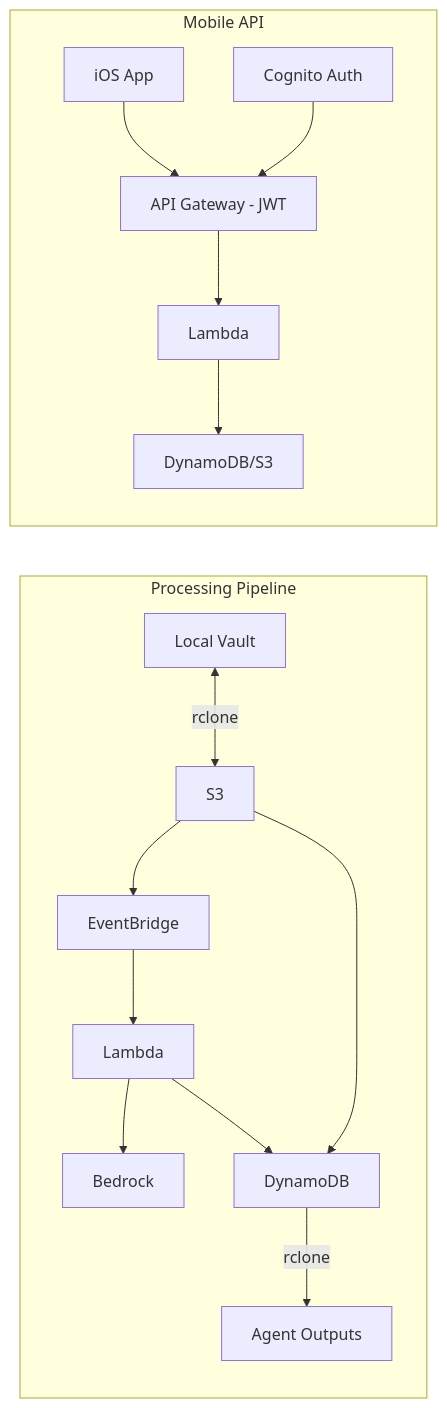
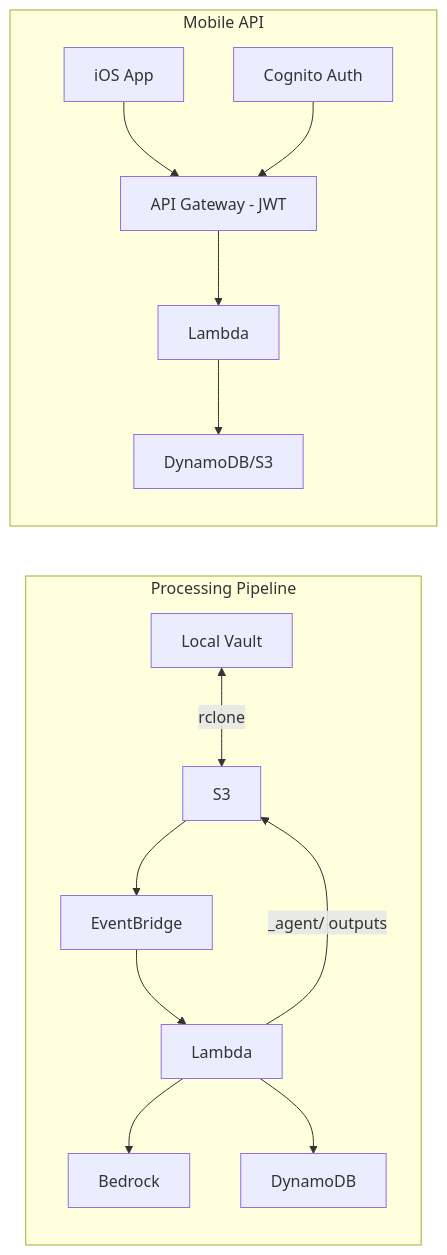
Before and after one commit to spaceba-by/pkm: the diagram in README.md, drawn with Mermaid. The commit also changed 3 other files, not shown here.

First line of the commit message:
Fix diagram accuracy from review feedback

````diff
--- a/README.md
+++ b/README.md
@@ -17,16 +17,15 @@
 ```mermaid
 graph LR
     subgraph Processing Pipeline
         Vault[Local Vault] <-->|rclone| S3
         S3 --> EventBridge --> Lambda --> Bedrock
-        S3 --> DynamoDB
         Lambda --> DynamoDB
-        DynamoDB -->|rclone| Outputs[Agent Outputs]
+        Lambda -->|_agent/ outputs| S3
     end
 
     subgraph Mobile API
         iOS[iOS App] --> APIGW[API Gateway - JWT]
         Cognito[Cognito Auth] --> APIGW
         APIGW --> Lambda2[Lambda] --> DB2[DynamoDB/S3]
     end
 ```
````
